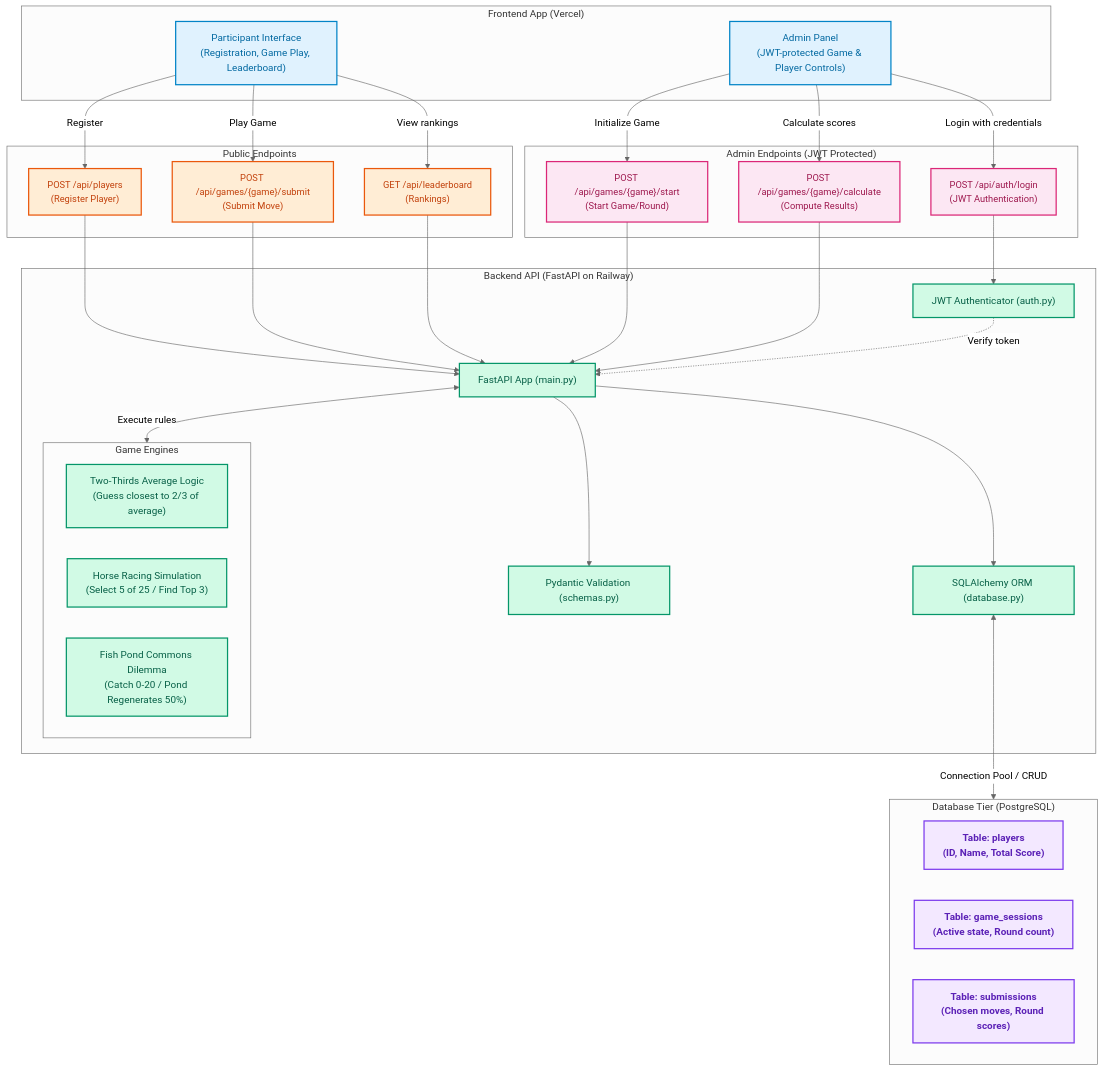
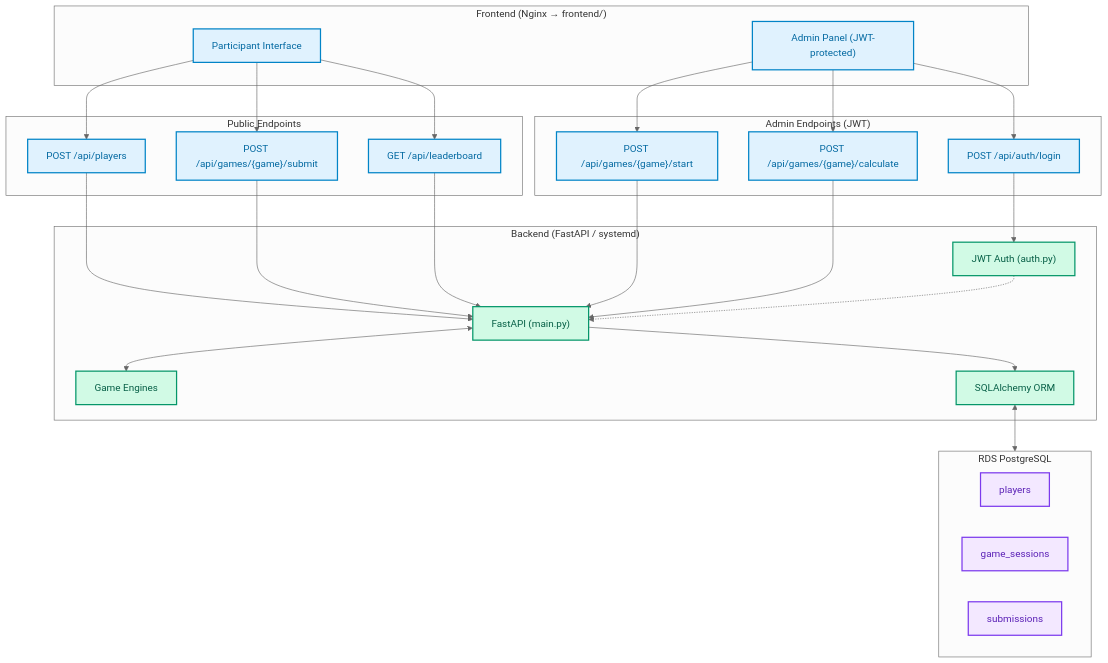
One commit to shantanu-urgunde-21/think-twice-V0.3 changed the diagram in README.md. Above: the diagram before and after it, drawn with Mermaid (neutral theme). The commit also changed other lines of this file, not shown here.

Commit message:
docs: rewrite README for EC2 deployment, remove Railway/Vercel references

````diff
--- a/README.md
+++ b/README.md
@@ -168,70 +124,47 @@
 ```mermaid
 flowchart TD
-  %% Style Definitions
-  classDef frontend fill:#e0f2fe,stroke:#0284c7,stroke-width:2px,color:#0369a1,font-size:16px
-  classDef backend fill:#d1fae5,stroke:#059669,stroke-width:2px,color:#065f46,font-size:16px
-  classDef database fill:#f3e8ff,stroke:#7c3aed,stroke-width:2px,color:#5b21b6,font-size:16px,font-weight:bold
-  classDef public_api fill:#ffedd5,stroke:#ea580c,stroke-width:2px,color:#c2410c,font-size:15px
-  classDef admin_api fill:#fce7f3,stroke:#db2777,stroke-width:2px,color:#9d174d,font-size:15px
+  classDef frontend fill:#e0f2fe,stroke:#0284c7,stroke-width:2px,color:#0369a1
+  classDef backend fill:#d1fae5,stroke:#059669,stroke-width:2px,color:#065f46
+  classDef database fill:#f3e8ff,stroke:#7c3aed,stroke-width:2px,color:#5b21b6
 
-  %% FRONTEND TIER (Vercel)
-  subgraph Frontend_App ["Frontend App (Vercel)"]
-    UI_Player["Participant Interface<br/>(Registration, Game Play, Leaderboard)"]:::frontend
-    UI_Admin["Admin Panel<br/>(JWT-protected Game & Player Controls)"]:::frontend
+  subgraph Frontend ["Frontend (Nginx → frontend/)"]
+    UI_Player["Participant Interface"]:::frontend
+    UI_Admin["Admin Panel (JWT-protected)"]:::frontend
   end
 
-  %% API ENDPOINTS TIER
   subgraph Public_Endpoints ["Public Endpoints"]
-    Endpoint_Reg["POST /api/players<br/>(Register Player)"]:::public_api
-    Endpoint_Submit["POST /api/games/{game}/submit<br/>(Submit Move)"]:::public_api
-    Endpoint_Leaderboard["GET /api/leaderboard<br/>(Rankings)"]:::public_api
+    Endpoint_Reg["POST /api/players"]:::frontend
+    Endpoint_Submit["POST /api/games/{game}/submit"]:::frontend
+    Endpoint_Leaderboard["GET /api/leaderboard"]:::frontend
   end
 
-  subgraph Admin_Endpoints ["Admin Endpoints (JWT Protected)"]
-    Endpoint_Login["POST /api/auth/login<br/>(JWT Authentication)"]:::admin_api
-    Endpoint_Start["POST /api/games/{game}/start<br/>(Start Game/Round)"]:::admin_api
-    Endpoint_Calc["POST /api/games/{game}/calculate<br/>(Compute Results)"]:::admin_api
+  subgraph Admin_Endpoints ["Admin Endpoints (JWT)"]
+    Endpoint_Login["POST /api/auth/login"]:::frontend
+    Endpoint_Start["POST /api/games/{game}/start"]:::frontend
+    Endpoint_Calc["POST /api/games/{game}/calculate"]:::frontend
   end
 
-  %% Connect Frontend to Endpoints
-  UI_Player -->|Register| Endpoint_Reg
-  UI_Player -->|Play Game| Endpoint_Submit
-  UI_Player -->|View rankings| Endpoint_Leaderboard
+  UI_Player --> Endpoint_Reg & Endpoint_Submit & Endpoint_Leaderboard
+  UI_Admin --> Endpoint_Login & Endpoint_Start & Endpoint_Calc
 
-  UI_Admin -->|Login with credentials| Endpoint_Login
-  UI_Admin -->|Initialize Game| Endpoint_Start
-  UI_Admin -->|Calculate scores| Endpoint_Calc
-
-  %% BACKEND TIER (FastAPI on Railway)
-  subgraph Backend_API ["Backend API (FastAPI on Railway)"]
-    FastAPI["FastAPI App (main.py)"]:::backend
-    JWTAuth["JWT Authenticator (auth.py)"]:::backend
-    PydanticSchemas["Pydantic Validation (schemas.py)"]:::backend
-    SQLAlchemy["SQLAlchemy ORM (database.py)"]:::backend
-
-    subgraph Game_Logic ["Game Engines"]
-      Logic_TwoThirds["Two-Thirds Average Logic<br/>(Guess closest to 2/3 of average)"]:::backend
-      Logic_Horses["Horse Racing Simulation<br/>(Select 5 of 25 / Find Top 3)"]:::backend
-      Logic_FishPond["Fish Pond Commons Dilemma<br/>(Catch 0-20 / Pond Regenerates 50%)"]:::backend
-    end
+  subgraph Backend ["Backend (FastAPI / systemd)"]
+    FastAPI["FastAPI (main.py)"]:::backend
+    JWTAuth["JWT Auth (auth.py)"]:::backend
+    GameLogic["Game Engines"]:::backend
+    ORM["SQLAlchemy ORM"]:::backend
   end
 
-  %% Connect Endpoints to Backend Router
-  Endpoint_Reg & Endpoint_Submit & Endpoint_Leaderboard --> FastAPI
+  Endpoint_Reg & Endpoint_Submit & Endpoint_Leaderboard & Endpoint_Start & Endpoint_Calc --> FastAPI
   Endpoint_Login --> JWTAuth
-  Endpoint_Start & Endpoint_Calc --> FastAPI
-  JWTAuth -.->|Verify token| FastAPI
+  JWTAuth -.-> FastAPI
+  FastAPI <--> GameLogic
+  FastAPI --> ORM
 
-  FastAPI --> PydanticSchemas
-  FastAPI <-->|Execute rules| Game_Logic
-  FastAPI --> SQLAlchemy
-
-  %% DATABASE TIER (PostgreSQL on Railway)
-  subgraph Database_Tier ["Database Tier (PostgreSQL)"]
-    Table_Player["Table: players<br/>(ID, Name, Total Score)"]:::database
-    Table_Game["Table: game_sessions<br/>(Active state, Round count)"]:::database
-    Table_Submission["Table: submissions<br/>(Chosen moves, Round scores)"]:::database
+  subgraph DB ["RDS PostgreSQL"]
+    T1["players"]:::database
+    T2["game_sessions"]:::database
+    T3["submissions"]:::database
   end
 
-  SQLAlchemy <-->|Connection Pool / CRUD| Database_Tier
+  ORM <--> DB
 ```
````
